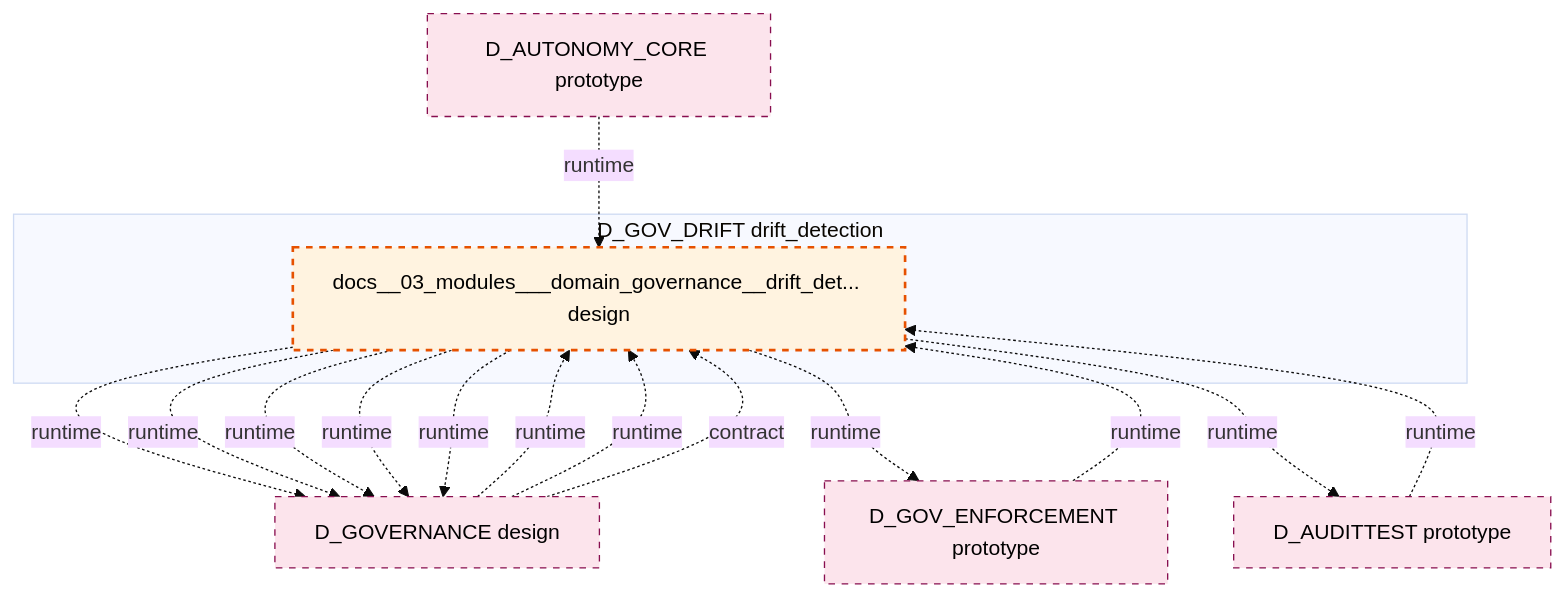
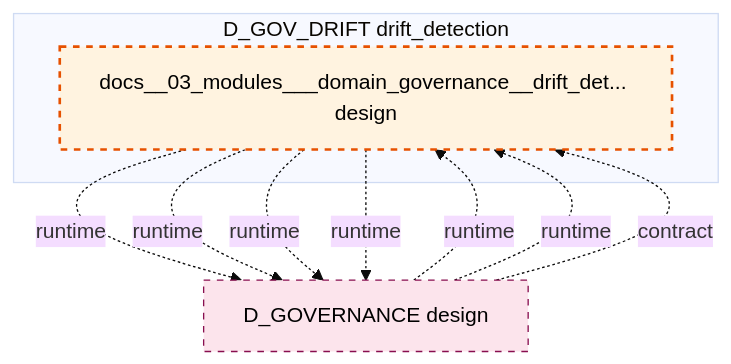
The diagram in docs/02_enterprise_architecture/02_domain_architecture_docs/34_d_gov_drift.md (xuanFelixVan/ZephyrAlpha), drawn with Mermaid (base theme) before and after one commit. The commit also changed other lines of this file and 99 other files, not shown here.

````diff
--- a/docs/02_enterprise_architecture/02_domain_architecture_docs/34_d_gov_drift.md
+++ b/docs/02_enterprise_architecture/02_domain_architecture_docs/34_d_gov_drift.md
@@ -47,29 +47,20 @@
 ```mermaid
 graph TD
     subgraph D_GOV_DRIFT["D_GOV_DRIFT drift_detection"]
         docs_03_modules_domain_governance_drift_detector_blueprint_md["docs__03_modules___domain_governance__drift_det... design"]
     end
     D_GOVERNANCE["D_GOVERNANCE design"]
     docs_03_modules_domain_governance_drift_detector_blueprint_md -.->|runtime| D_GOVERNANCE
     docs_03_modules_domain_governance_drift_detector_blueprint_md -.->|runtime| D_GOVERNANCE
-    D_GOV_ENFORCEMENT["D_GOV_ENFORCEMENT prototype"]
-    docs_03_modules_domain_governance_drift_detector_blueprint_md -.->|runtime| D_GOV_ENFORCEMENT
-    D_AUDITTEST["D_AUDITTEST prototype"]
-    docs_03_modules_domain_governance_drift_detector_blueprint_md -.->|runtime| D_AUDITTEST
     docs_03_modules_domain_governance_drift_detector_blueprint_md -.->|runtime| D_GOVERNANCE
     docs_03_modules_domain_governance_drift_detector_blueprint_md -.->|runtime| D_GOVERNANCE
-    docs_03_modules_domain_governance_drift_detector_blueprint_md -.->|runtime| D_GOVERNANCE
-    D_GOV_ENFORCEMENT -.->|runtime| docs_03_modules_domain_governance_drift_detector_blueprint_md
     D_GOVERNANCE -.->|runtime| docs_03_modules_domain_governance_drift_detector_blueprint_md
     D_GOVERNANCE -.->|runtime| docs_03_modules_domain_governance_drift_detector_blueprint_md
     D_GOVERNANCE -.->|contract| docs_03_modules_domain_governance_drift_detector_blueprint_md
-    D_AUTONOMY_CORE["D_AUTONOMY_CORE prototype"]
-    D_AUTONOMY_CORE -.->|runtime| docs_03_modules_domain_governance_drift_detector_blueprint_md
-    D_AUDITTEST -.->|runtime| docs_03_modules_domain_governance_drift_detector_blueprint_md
     classDef production fill:#e1f5fe,stroke:#01579b,stroke-width:2px,color:#000
     classDef design fill:#fff3e0,stroke:#e65100,stroke-width:2px,color:#000,stroke-dasharray: 5 5
     classDef external_prod fill:#e8f5e9,stroke:#1b5e20,stroke-width:1px,color:#000
     classDef external_design fill:#fce4ec,stroke:#880e4f,stroke-width:1px,color:#000,stroke-dasharray: 5 5
     class docs_03_modules_domain_governance_drift_detector_blueprint_md design
-    class D_GOVERNANCE,D_GOV_ENFORCEMENT,D_AUDITTEST,D_AUTONOMY_CORE external_design
+    class D_GOVERNANCE external_design
 ```
````
